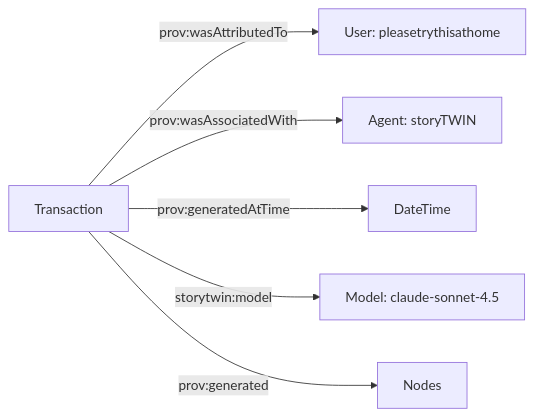
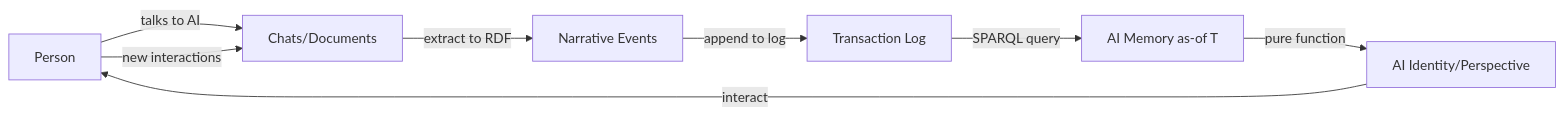
One commit to Synthetic-Identity-Co/conj-talk-2025 changed the third of 3 diagrams in presenter.md. Above: the diagram before and after it, drawn with Mermaid. The commit also changed other lines of this file, not shown here.

Commit message:
story:  63e1c1063f5250df05a66bd78b244bb4343411df

````diff
--- a/presenter.md
+++ b/presenter.md
@@ -443,8 +212,10 @@
 ```mermaid
 graph LR
-    T[Transaction] -->|prov:wasAttributedTo| U[User: pleasetrythisathome]
-    T -->|prov:wasAssociatedWith| A[Agent: storyTWIN]
-    T -->|prov:generatedAtTime| D[DateTime]
-    T -->|storytwin:model| M[Model: claude-sonnet-4.5]
-    T -->|prov:generated| N[Nodes]
+    A[Person] -->|talks to AI| B[Chats/Documents]
+    B -->|extract to RDF| C[Narrative Events]
+    C -->|append to log| D[Transaction Log]
+    D -->|SPARQL query| E[AI Memory as-of T]
+    E -->|pure function| F[AI Identity/Perspective]
+    F -->|interact| A
+    A -->|new interactions| B
 ```
````
